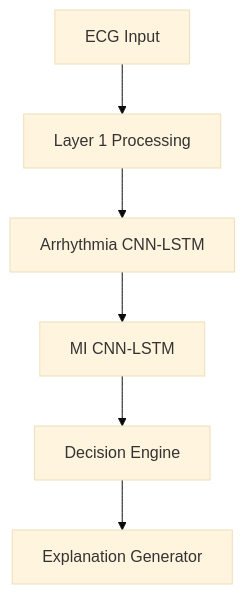
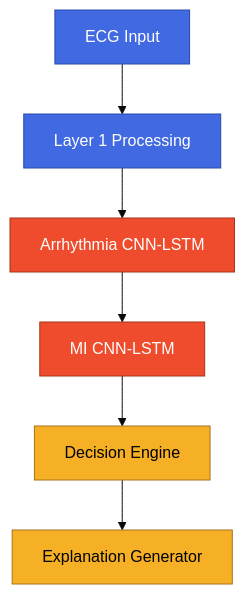
The seventh of 7 diagrams in ai-training/readme.md (hamim0047/CardiShirt), drawn with Mermaid (base theme) before and after one commit. The commit also changed other lines of this file, not shown here.

````diff
--- a/ai-training/readme.md
+++ b/ai-training/readme.md
@@ -388,8 +409,16 @@
 ```mermaid
 flowchart TD
     Input[ECG Input] --> L1[Layer 1 Processing]
     L1 --> Arr[Arrhythmia CNN-LSTM]
     Arr --> MI[MI CNN-LSTM]
     MI --> DE[Decision Engine]
     DE --> Exp[Explanation Generator]
+
+    classDef stage fill:#4169e1,stroke:#2a4aa8,color:#fff
+    classDef model fill:#ee4c2c,stroke:#a8331d,color:#fff
+    classDef decide fill:#f6b026,stroke:#a87218,color:#000
+
+    class Input,L1 stage
+    class Arr,MI model
+    class DE,Exp decide
 ```
````
